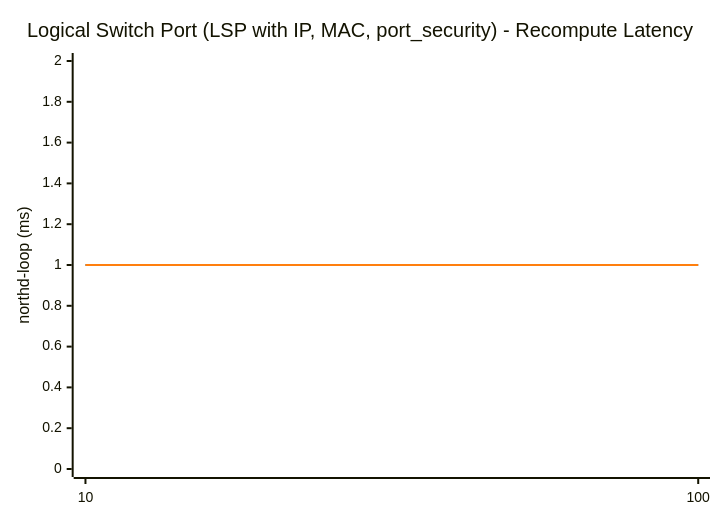
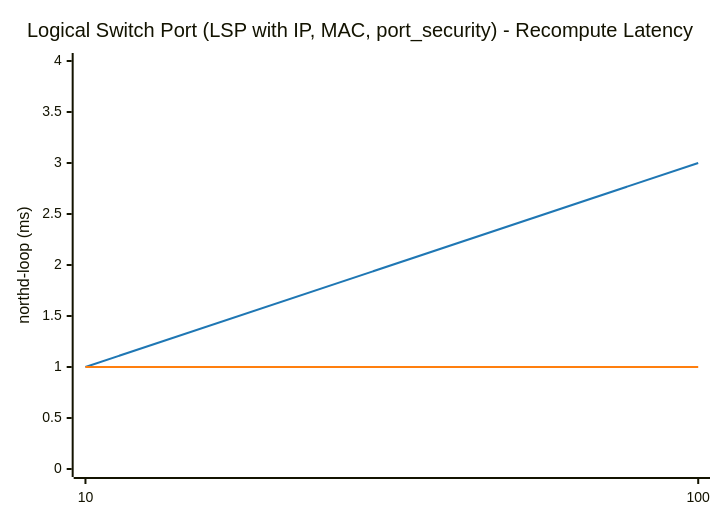
Before and after one commit to LionelJouin/ovs-ovn-bench: the first of 4 diagrams in results/BENCHMARK_REPORT.md, drawn with Mermaid. The commit also changed other lines of this file and 7 other files, not shown here.

````diff
--- a/results/BENCHMARK_REPORT.md
+++ b/results/BENCHMARK_REPORT.md
@@ -62,14 +62,14 @@
 ```mermaid
 ---
 config:
     themeVariables:
         xyChart:
             plotColorPalette: "#1f77b4, #ff7f0e"
 ---
 xychart-beta
     title "Logical Switch Port (LSP with IP, MAC, port_security) - Recompute Latency"
     x-axis ["10", "100"]
-    y-axis "northd-loop (ms)" 0 --> 2
-    line "glibc malloc" [1.0, 1.0]
+    y-axis "northd-loop (ms)" 0 --> 4
+    line "glibc malloc" [1.0, 3.0]
     line "jemalloc" [1.0, 1.0]
 ```
````
